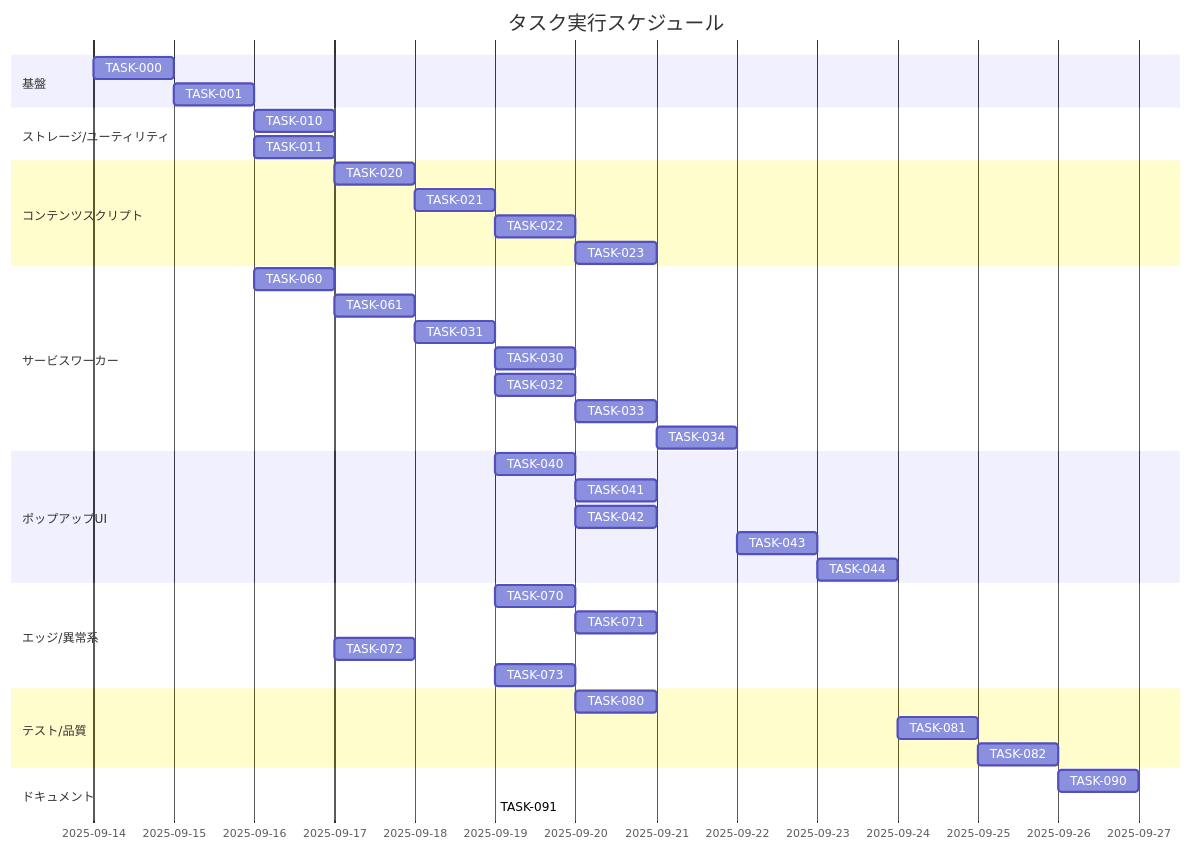
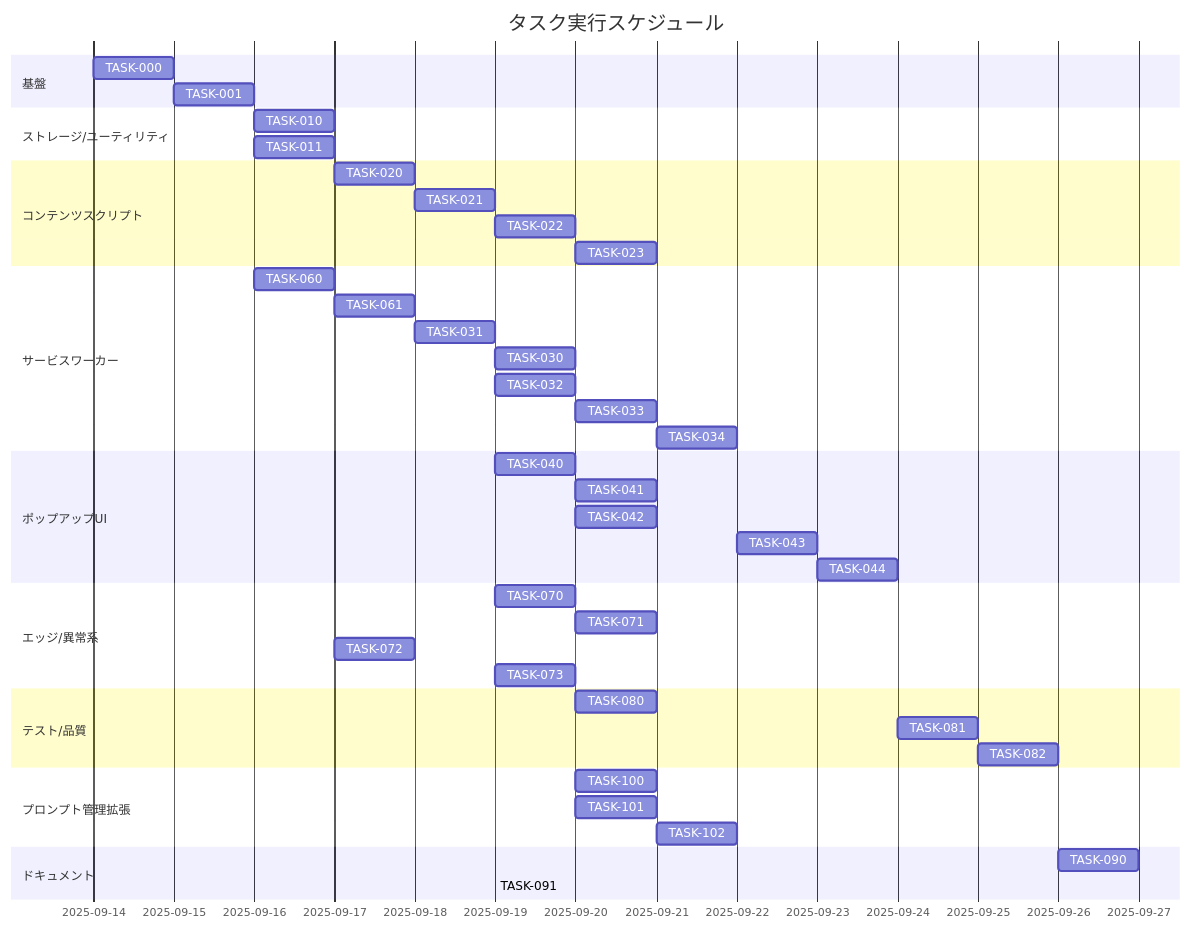
One commit to small-java-world/novel-ai-auto changed the diagram in docs/tasks/novelai-auto-generator-tasks.md. Above: the diagram before and after it, drawn with Mermaid. The commit also changed other lines of this file and 197 other files, not shown here.

````diff
--- a/docs/tasks/novelai-auto-generator-tasks.md
+++ b/docs/tasks/novelai-auto-generator-tasks.md
@@ -758,42 +984,46 @@
 ```mermaid
 gantt
     title タスク実行スケジュール
     dateFormat  YYYY-MM-DD
     section 基盤
     TASK-000           :a0, 2025-09-14, 1d
     TASK-001           :a1, after a0, 0.5d
     section ストレージ/ユーティリティ
     TASK-010           :b0, after a1, 0.5d
     TASK-011           :b1, after a1, 0.5d
     section コンテンツスクリプト
     TASK-020           :c0, after b0, 0.5d
     TASK-021           :c1, after c0, 1d
     TASK-022           :c2, after c1, 1d
     TASK-023           :c3, after c2, 0.5d
     section サービスワーカー
     TASK-060           :d0, after a1, 0.5d
     TASK-061           :d1, after d0, 0.5d
     TASK-031           :d2, after d1, 0.5d
     TASK-030           :d3, after d2, 0.5d
     TASK-032           :d4, after d2, 0.5d
     TASK-033           :d5, after d4, 0.5d
     TASK-034           :d6, after d5, 0.5d
     section ポップアップUI
     TASK-040           :e0, after d2, 0.5d
     TASK-041           :e1, after e0, 0.5d
     TASK-042           :e2, after e0, 0.5d
     TASK-043           :e3, after d6, 0.5d
     TASK-044           :e4, after e3, 0.5d
     section エッジ/異常系
     TASK-070           :f0, after c1, 0.5d
     TASK-071           :f1, after d4, 0.5d
     TASK-072           :f2, after b0, 0.5d
     TASK-073           :f3, after c1, 0.5d
     section テスト/品質
     TASK-080           :g0, after f3, 0.5d
     TASK-081           :g1, after e4, 1d
     TASK-082           :g2, after g1, 0.5d
+    section プロンプト管理拡張
+    TASK-100           :i0, 2025-09-20, 1d
+    TASK-101           :i1, 2025-09-20, 1d
+    TASK-102           :i2, after i1, 1d
     section ドキュメント
     TASK-090           :h0, after g2, 0.5d
     TASK-091           :h1, after d2, 0.25d
 ```
````
